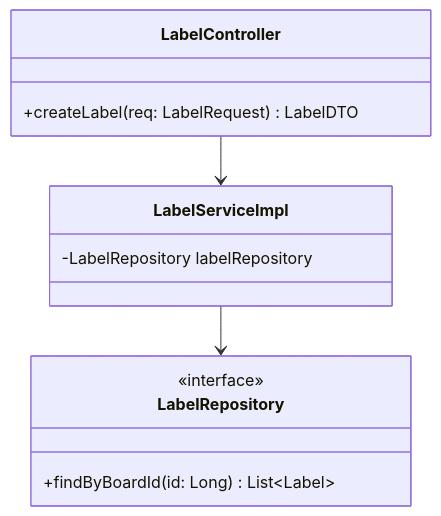
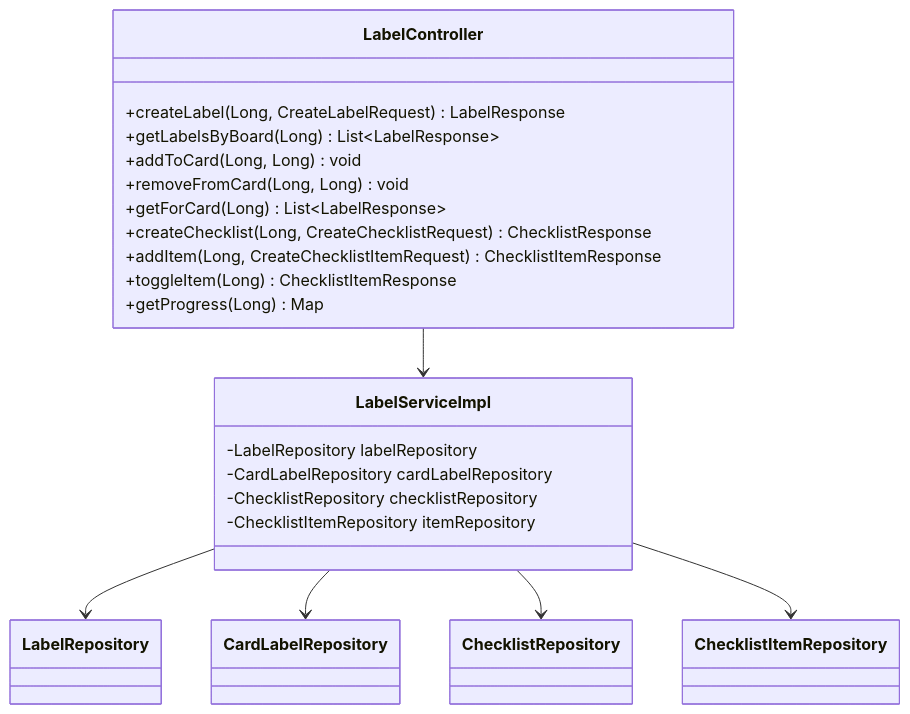
The second of 4 diagrams in docs/services/label-service/diagrams.md (Prashant-kumar-sharma/FlowBoard-Backend), drawn with Mermaid before and after one commit. The commit also changed other lines of this file and 10 other files, not shown here.

Commit message:
[Prashant] : Added Diagrams for all the services

````diff
--- a/docs/services/label-service/diagrams.md
+++ b/docs/services/label-service/diagrams.md
@@ -20,15 +42,27 @@
 ```mermaid
 classDiagram
     class LabelController {
-        +createLabel(req: LabelRequest) LabelDTO
+        +createLabel(Long, CreateLabelRequest) LabelResponse
+        +getLabelsByBoard(Long) List~LabelResponse~
+        +addToCard(Long, Long) void
+        +removeFromCard(Long, Long) void
+        +getForCard(Long) List~LabelResponse~
+        +createChecklist(Long, CreateChecklistRequest) ChecklistResponse
+        +addItem(Long, CreateChecklistItemRequest) ChecklistItemResponse
+        +toggleItem(Long) ChecklistItemResponse
+        +getProgress(Long) Map
     }
+
     class LabelServiceImpl {
         -LabelRepository labelRepository
+        -CardLabelRepository cardLabelRepository
+        -ChecklistRepository checklistRepository
+        -ChecklistItemRepository itemRepository
     }
-    class LabelRepository {
-        <<interface>>
-        +findByBoardId(id: Long) List~Label~
-    }
+
     LabelController --> LabelServiceImpl
     LabelServiceImpl --> LabelRepository
+    LabelServiceImpl --> CardLabelRepository
+    LabelServiceImpl --> ChecklistRepository
+    LabelServiceImpl --> ChecklistItemRepository
 ```
````
